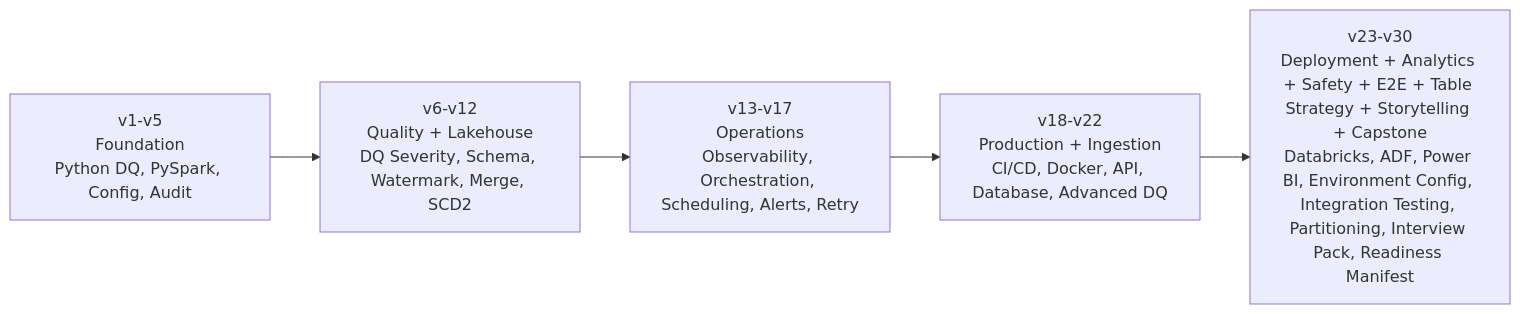
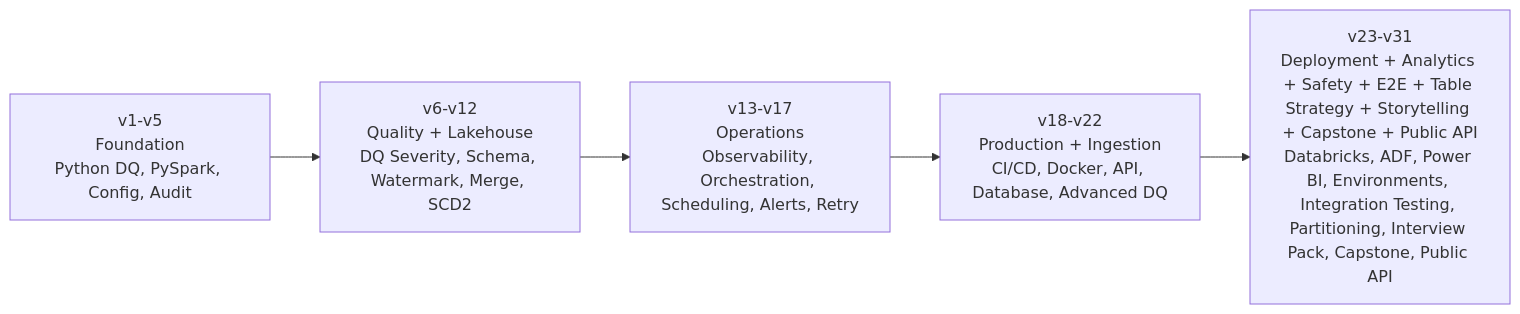
Before and after one commit to Rohith-S-98/data-engineering-project: the second of 2 diagrams in README.md, drawn with Mermaid. The commit also changed other lines of this file, not shown here.

````diff
--- a/README.md
+++ b/README.md
@@ -66,7 +80,7 @@
 ```mermaid
 flowchart LR
     A[v1-v5<br/>Foundation<br/>Python DQ, PySpark, Config, Audit] --> B[v6-v12<br/>Quality + Lakehouse<br/>DQ Severity, Schema, Watermark, Merge, SCD2]
     B --> C[v13-v17<br/>Operations<br/>Observability, Orchestration, Scheduling, Alerts, Retry]
     C --> D[v18-v22<br/>Production + Ingestion<br/>CI/CD, Docker, API, Database, Advanced DQ]
-    D --> E[v23-v30<br/>Deployment + Analytics + Safety + E2E + Table Strategy + Storytelling + Capstone<br/>Databricks, ADF, Power BI, Environment Config, Integration Testing, Partitioning, Interview Pack, Readiness Manifest]
+    D --> E[v23-v31<br/>Deployment + Analytics + Safety + E2E + Table Strategy + Storytelling + Capstone + Public API<br/>Databricks, ADF, Power BI, Environments, Integration Testing, Partitioning, Interview Pack, Capstone, Public API]
 ```
````
